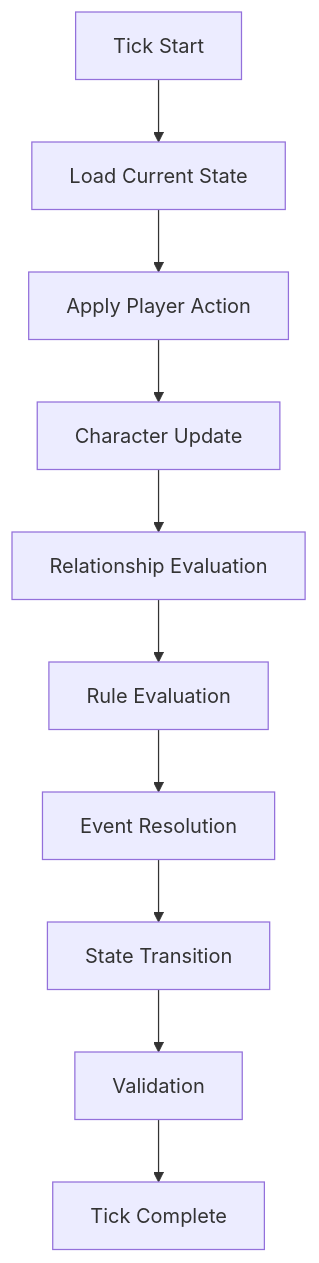
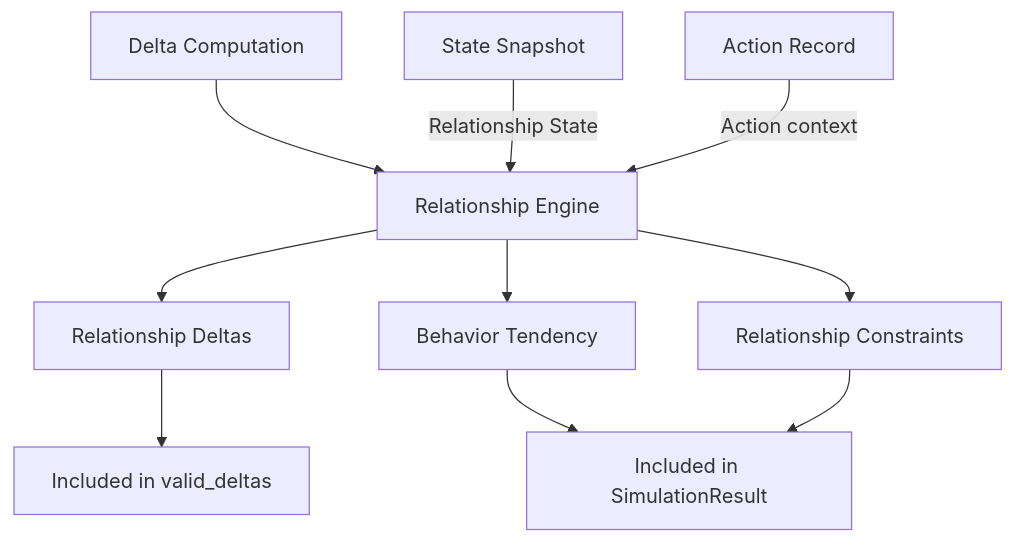
One commit to yueseyeyu/ai-narrative-rpg-engine changed the fourth of 6 diagrams in docs/02_Architecture/Simulation_Layer_Blueprint.md. Above: the diagram before and after it, drawn with Mermaid. The commit also changed other lines of this file and 43 other files, not shown here.

Commit message:
feat: Architecture Baseline v1.0 Frozen + MVP-0 Validation (4/4 contract tests passing)

````diff
--- a/docs/02_Architecture/Simulation_Layer_Blueprint.md
+++ b/docs/02_Architecture/Simulation_Layer_Blueprint.md
@@ -214,12 +522,12 @@
 ```mermaid
 flowchart TD
-    A[Tick Start] --> B[Load Current State]
-    B --> C[Apply Player Action]
-    C --> D[Character Update]
-    D --> E[Relationship Evaluation]
-    E --> F[Rule Evaluation]
-    F --> G[Event Resolution]
-    G --> H[State Transition]
-    H --> I[Validation]
-    I --> J[Tick Complete]
+    DC[Delta Computation] --> RE[Relationship Engine]
+    SS[State Snapshot] -->|Relationship State| RE
+    AC[Action Record] -->|Action context| RE
+    RE --> RD[Relationship Deltas]
+    RE --> BT[Behavior Tendency]
+    RE --> RC[Relationship Constraints]
+    RD --> SR[Included in valid_deltas]
+    BT --> SR2[Included in SimulationResult]
+    RC --> SR2
 ```
````
